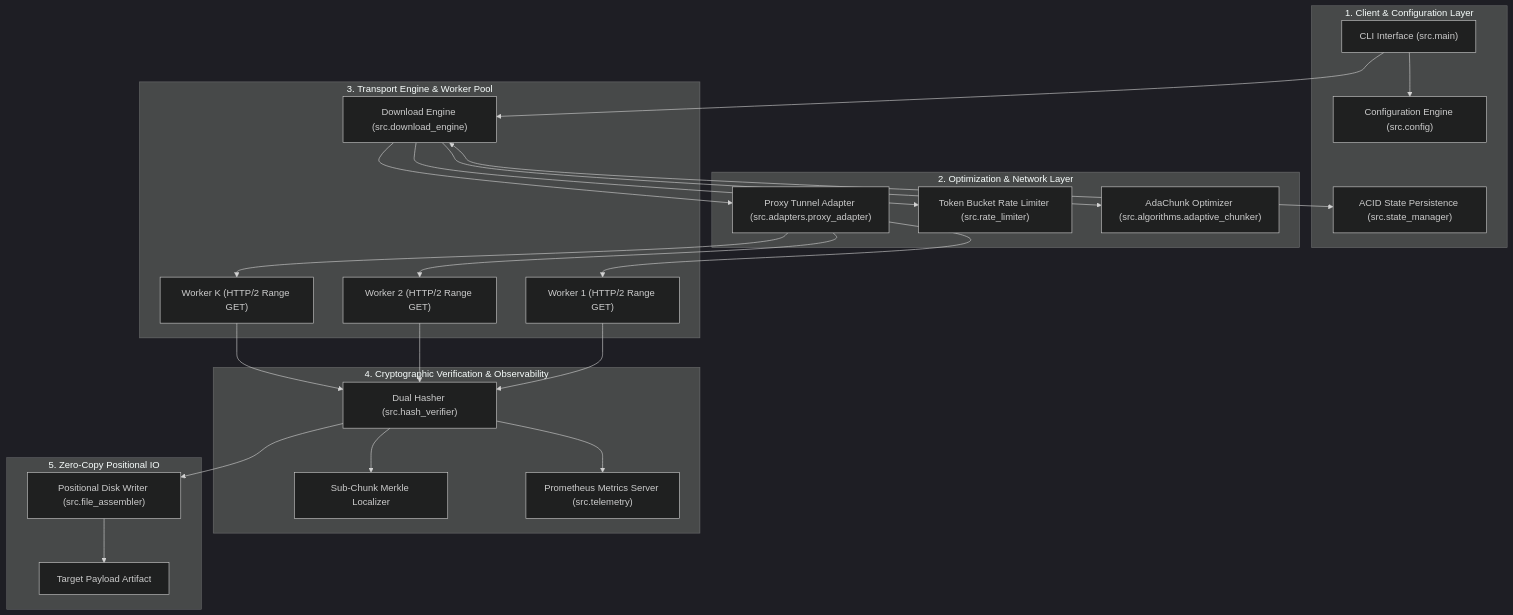
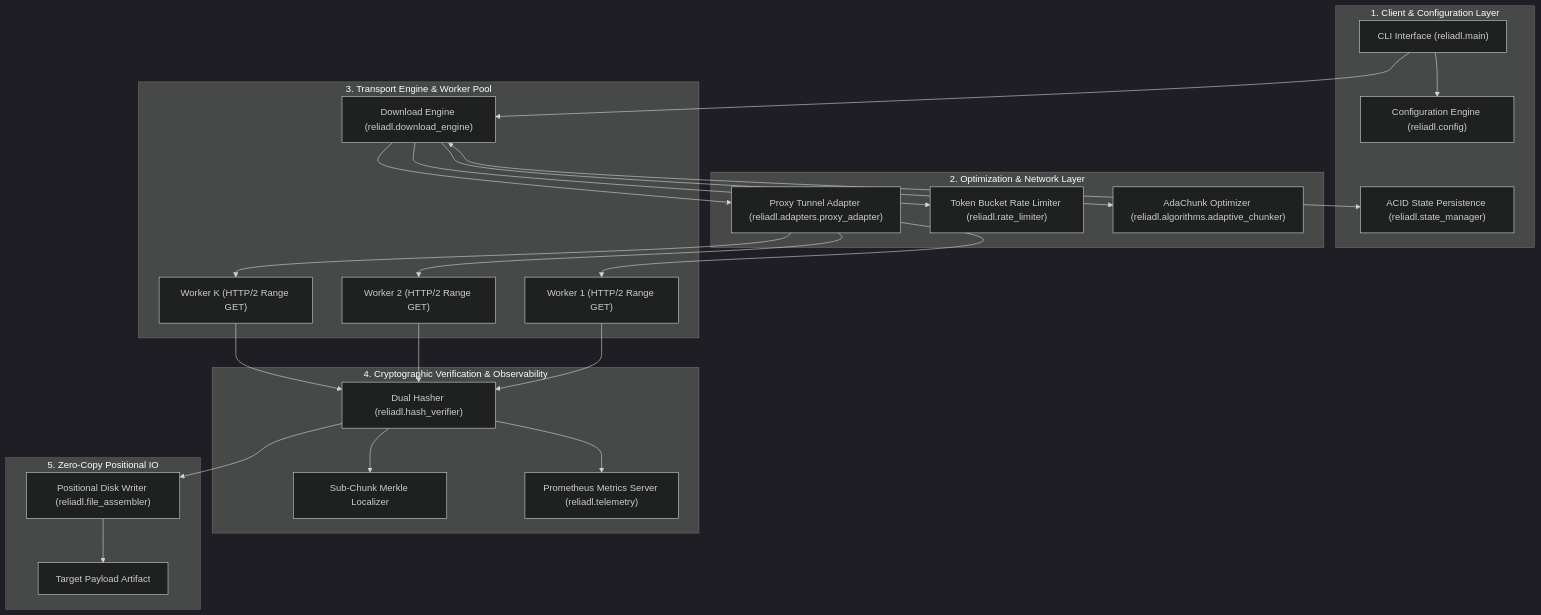
One commit to PxA-Labs/ReliaDL changed the diagram in README.md. Above: the diagram before and after it, drawn with Mermaid (dark theme). The commit also changed other lines of this file and 7 other files, not shown here.

````diff
--- a/README.md
+++ b/README.md
@@ -180,45 +180,45 @@
 ```mermaid
 graph TB
     subgraph ClientLayer["1. Client & Configuration Layer"]
-        CLI["CLI Interface (src.main)"]
-        CONF["Configuration Engine (src.config)"]
-        SM["ACID State Persistence (src.state_manager)"]
+        CLI["CLI Interface (reliadl.main)"]
+        CONF["Configuration Engine (reliadl.config)"]
+        SM["ACID State Persistence (reliadl.state_manager)"]
     end
 
     subgraph ControlLayer["2. Optimization & Network Layer"]
-        AC["AdaChunk Optimizer (src.algorithms.adaptive_chunker)"]
-        RL["Token Bucket Rate Limiter (src.rate_limiter)"]
-        PA["Proxy Tunnel Adapter (src.adapters.proxy_adapter)"]
+        AC["AdaChunk Optimizer (reliadl.algorithms.adaptive_chunker)"]
+        RL["Token Bucket Rate Limiter (reliadl.rate_limiter)"]
+        PA["Proxy Tunnel Adapter (reliadl.adapters.proxy_adapter)"]
     end
 
     subgraph TransportLayer["3. Transport Engine & Worker Pool"]
-        DE["Download Engine (src.download_engine)"]
+        DE["Download Engine (reliadl.download_engine)"]
         W1["Worker 1 (HTTP/2 Range GET)"]
         W2["Worker 2 (HTTP/2 Range GET)"]
         WN["Worker K (HTTP/2 Range GET)"]
     end
 
     subgraph SecurityLayer["4. Cryptographic Verification & Observability"]
-        DH["Dual Hasher (src.hash_verifier)"]
+        DH["Dual Hasher (reliadl.hash_verifier)"]
         ML["Sub-Chunk Merkle Localizer"]
-        TEL["Prometheus Metrics Server (src.telemetry)"]
+        TEL["Prometheus Metrics Server (reliadl.telemetry)"]
     end
 
     subgraph StorageLayer["5. Zero-Copy Positional IO"]
-        FA["Positional Disk Writer (src.file_assembler)"]
+        FA["Positional Disk Writer (reliadl.file_assembler)"]
         OUT["Target Payload Artifact"]
     end
 
     CLI --> CONF
     CLI --> DE
     DE <--> SM
     DE --> AC
     DE --> RL
     DE --> PA
     PA --> W1 & W2 & WN
     W1 & W2 & WN --> DH
     DH --> TEL
     DH --> ML
     DH --> FA
     FA --> OUT
 ```
````
